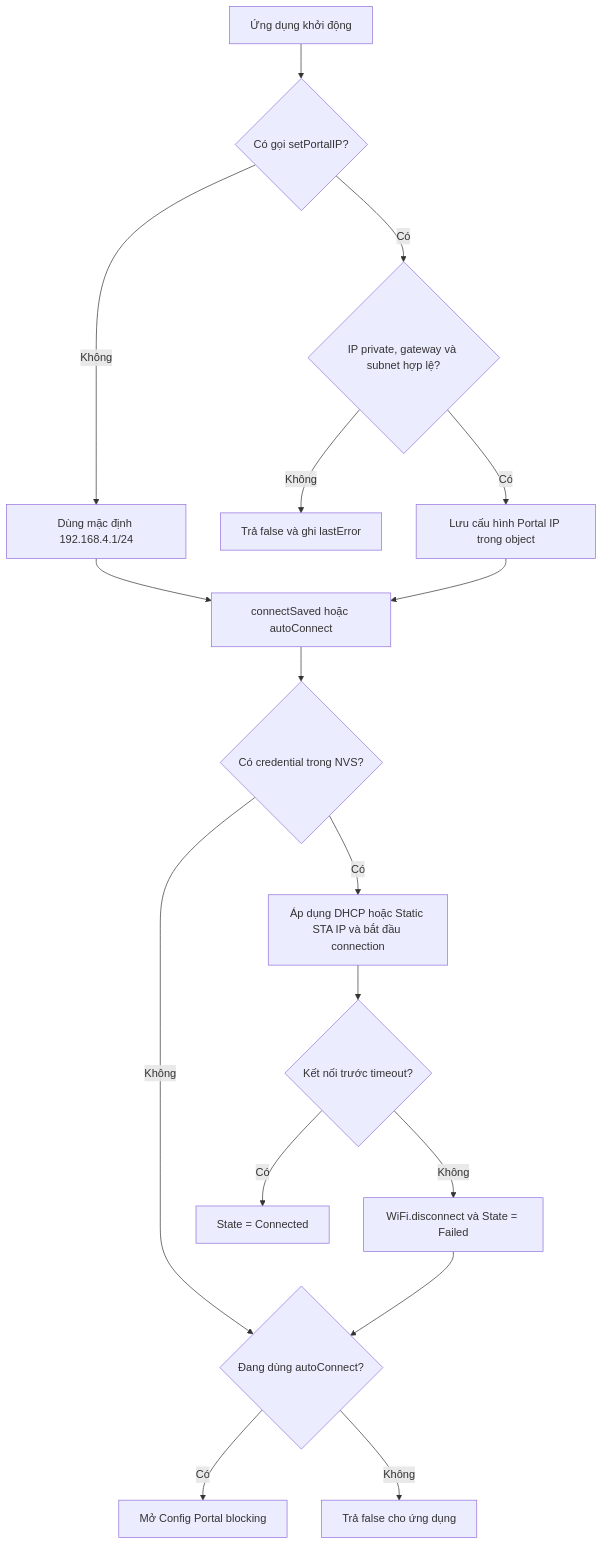
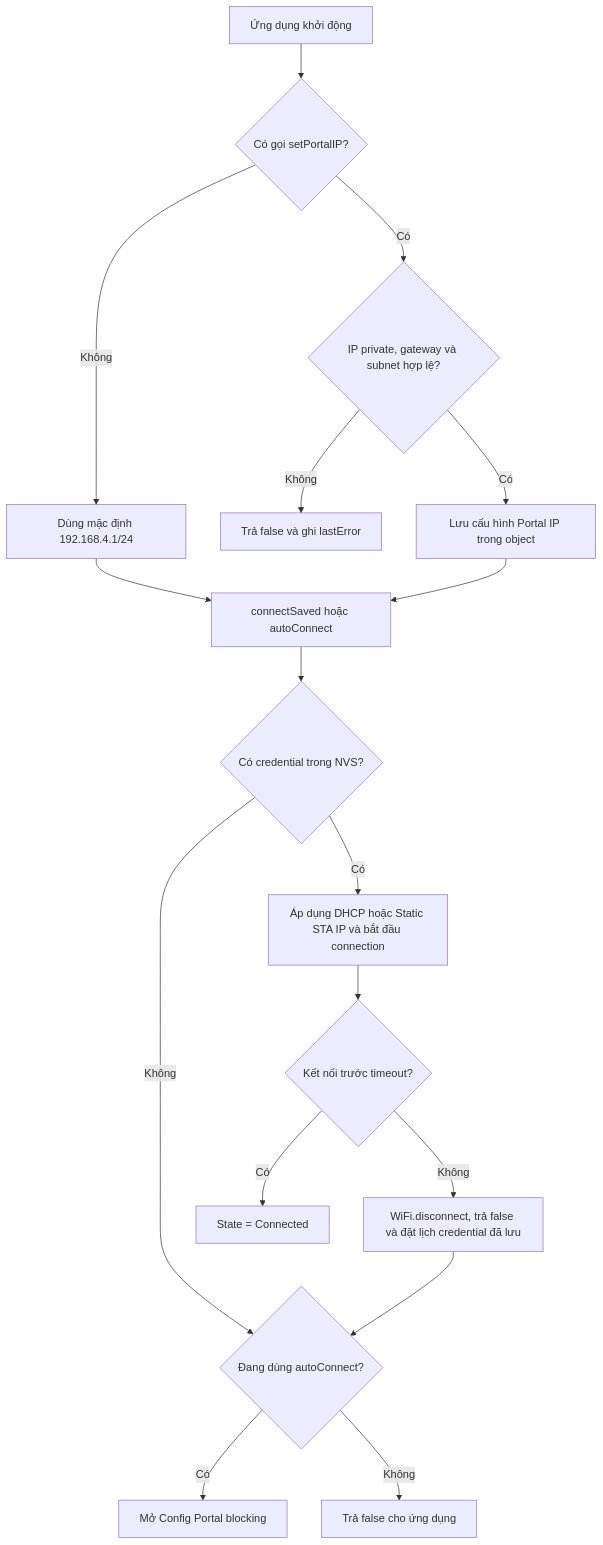
The second of 7 diagrams in docs/FlowChart.md (NguyenHien-8/ESP32WiFiPortal), drawn with Mermaid before and after one commit. The commit also changed other lines of this file and 4 other files, not shown here.

````diff
--- a/docs/FlowChart.md
+++ b/docs/FlowChart.md
@@ -28,19 +28,19 @@
 ```mermaid
 flowchart TD
     A[Ứng dụng khởi động] --> B{Có gọi setPortalIP?}
     B -- Không --> C[Dùng mặc định 192.168.4.1/24]
     B -- Có --> D{IP private, gateway và subnet hợp lệ?}
     D -- Không --> E[Trả false và ghi lastError]
     D -- Có --> F[Lưu cấu hình Portal IP trong object]
     C --> G[connectSaved hoặc autoConnect]
     F --> G
     G --> H{Có credential trong NVS?}
     H -- Không --> I{Đang dùng autoConnect?}
     H -- Có --> J[Áp dụng DHCP hoặc Static STA IP và bắt đầu connection]
     J --> K{Kết nối trước timeout?}
     K -- Có --> L[State = Connected]
-    K -- Không --> M[WiFi.disconnect và State = Failed]
+    K -- Không --> M[WiFi.disconnect, trả false và đặt lịch credential đã lưu]
     I -- Có --> N[Mở Config Portal blocking]
     I -- Không --> O[Trả false cho ứng dụng]
     M --> I
 ```
````
